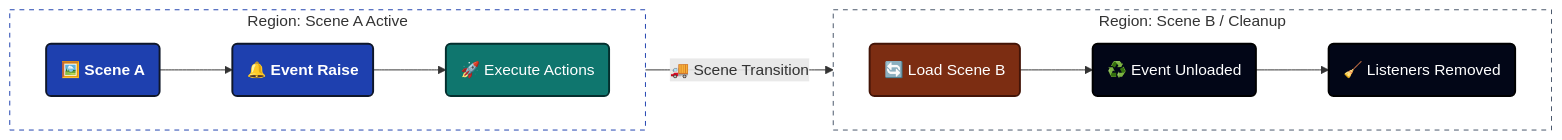
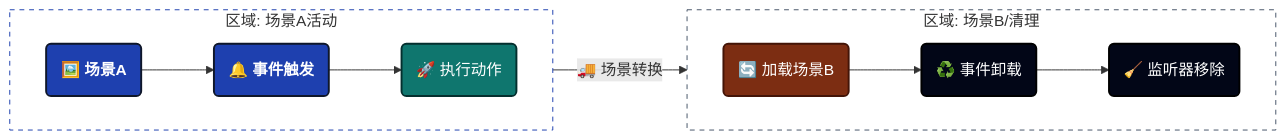
One commit to tinygiants-tech/TinyGiants changed the fourth of 5 diagrams in i18n/zh/docusaurus-plugin-content-docs/current/game-event-system/visual-workflow/game-event-behavior.md. Above: the diagram before and after it, drawn with Mermaid. The commit also changed other lines of this file and 4 other files, not shown here.

````diff
--- a/i18n/zh/docusaurus-plugin-content-docs/current/game-event-system/visual-workflow/game-event-behavior.md
+++ b/i18n/zh/docusaurus-plugin-content-docs/current/game-event-system/visual-workflow/game-event-behavior.md
@@ -393,24 +387,24 @@
 ```mermaid
 graph LR
 
     classDef sceneA fill:#1e40af,stroke:#0f172a,stroke-width:2px,color:#ffffff,font-weight:bold
     classDef action fill:#0f766e,stroke:#042f2e,stroke-width:2px,color:#ffffff
     classDef transition fill:#7c2d12,stroke:#431407,stroke-width:2px,color:#ffffff
     classDef cleanup fill:#020617,stroke:#000000,stroke-width:2px,color:#ffffff
 
-    subgraph Scene_A [Region: Scene A Active]
+    subgraph Scene_A [区域: 场景A活动]
         direction LR
-        A(🖼️ Scene A):::sceneA --> B(🔔 Event Raise):::sceneA
-        B --> C(🚀 Execute Actions):::action
+        A(🖼️ 场景A):::sceneA --> B(🔔 事件触发):::sceneA
+        B --> C(🚀 执行动作):::action
     end
     style Scene_A fill:none,stroke:#1e40af,stroke-dasharray: 5 5
 
-    C -- "🚚 Scene Transition" --> D(🔄 Load Scene B):::transition
+    C -- "🚚 场景转换" --> D(🔄 加载场景B):::transition
 
-    subgraph Scene_B [Region: Scene B / Cleanup]
+    subgraph Scene_B [区域: 场景B/清理]
         direction LR
-        D --> E(♻️ Event Unloaded):::cleanup
-        E --> F(🧹 Listeners Removed):::cleanup
+        D --> E(♻️ 事件卸载):::cleanup
+        E --> F(🧹 监听器移除):::cleanup
     end
     style Scene_B fill:none,stroke:#475569,stroke-dasharray: 5 5
 ```
````
